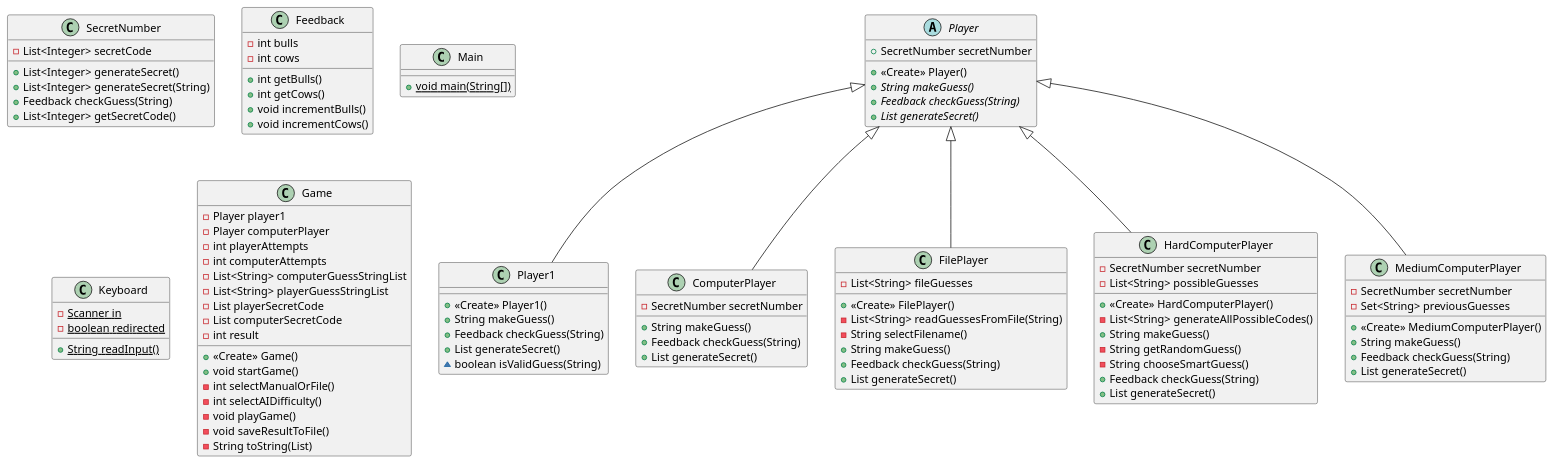
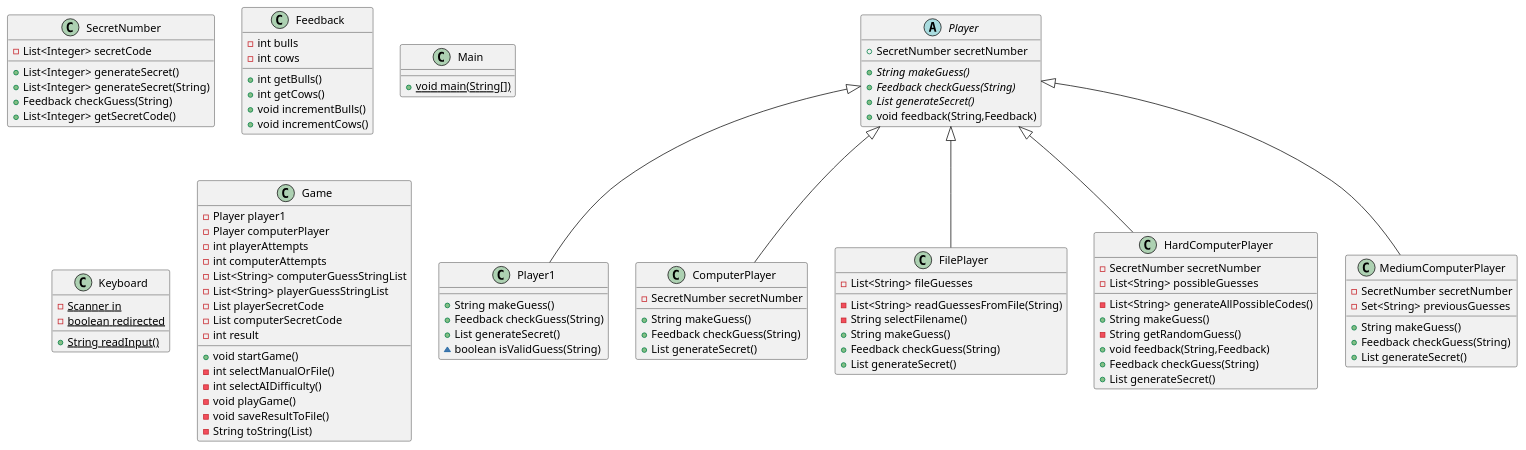
One commit to ManfordZeng-waikato/Java-Mini-Project changed the diagram in doc/final-class.puml. Above: the diagram before and after it, drawn with PlantUML. The commit also changed 5 other files, not shown here.

```diff
--- a/doc/final-class.puml
+++ b/doc/final-class.puml
@@ -1,98 +1,93 @@
 @startuml
 class Player1 {
-+ <<Create>> Player1()
 + String makeGuess()
 + Feedback checkGuess(String)
 + List generateSecret()
 ~ boolean isValidGuess(String)
 }
 class ComputerPlayer {
 - SecretNumber secretNumber
 + String makeGuess()
 + Feedback checkGuess(String)
 + List generateSecret()
 }
 abstract class Player {
 + SecretNumber secretNumber
-+ <<Create>> Player()
 + {abstract}String makeGuess()
 + {abstract}Feedback checkGuess(String)
 + {abstract}List generateSecret()
++ void feedback(String,Feedback)
 }
 class SecretNumber {
 - List<Integer> secretCode
 + List<Integer> generateSecret()
 + List<Integer> generateSecret(String)
 + Feedback checkGuess(String)
 + List<Integer> getSecretCode()
 }
 class Feedback {
 - int bulls
 - int cows
 + int getBulls()
 + int getCows()
 + void incrementBulls()
 + void incrementCows()
 }
 class Main {
 + {static} void main(String[])
 }
 class Keyboard {
 - {static} Scanner in
 - {static} boolean redirected
 + {static} String readInput()
 }
 class FilePlayer {
 - List<String> fileGuesses
-+ <<Create>> FilePlayer()
 - List<String> readGuessesFromFile(String)
 - String selectFilename()
 + String makeGuess()
 + Feedback checkGuess(String)
 + List generateSecret()
 }
 class HardComputerPlayer {
 - SecretNumber secretNumber
 - List<String> possibleGuesses
-+ <<Create>> HardComputerPlayer()
 - List<String> generateAllPossibleCodes()
 + String makeGuess()
 - String getRandomGuess()
-- String chooseSmartGuess()
++ void feedback(String,Feedback)
 + Feedback checkGuess(String)
 + List generateSecret()
 }
 class Game {
 - Player player1
 - Player computerPlayer
 - int playerAttempts
 - int computerAttempts
 - List<String> computerGuessStringList
 - List<String> playerGuessStringList
 - List playerSecretCode
 - List computerSecretCode
 - int result
-+ <<Create>> Game()
 + void startGame()
 - int selectManualOrFile()
 - int selectAIDifficulty()
 - void playGame()
 - void saveResultToFile()
 - String toString(List)
 }
 class MediumComputerPlayer {
 - SecretNumber secretNumber
 - Set<String> previousGuesses
-+ <<Create>> MediumComputerPlayer()
 + String makeGuess()
 + Feedback checkGuess(String)
 + List generateSecret()
 }
 
 
 Player <|-- Player1
 Player <|-- ComputerPlayer
 Player <|-- FilePlayer
 Player <|-- HardComputerPlayer
 Player <|-- MediumComputerPlayer
 @enduml
```
